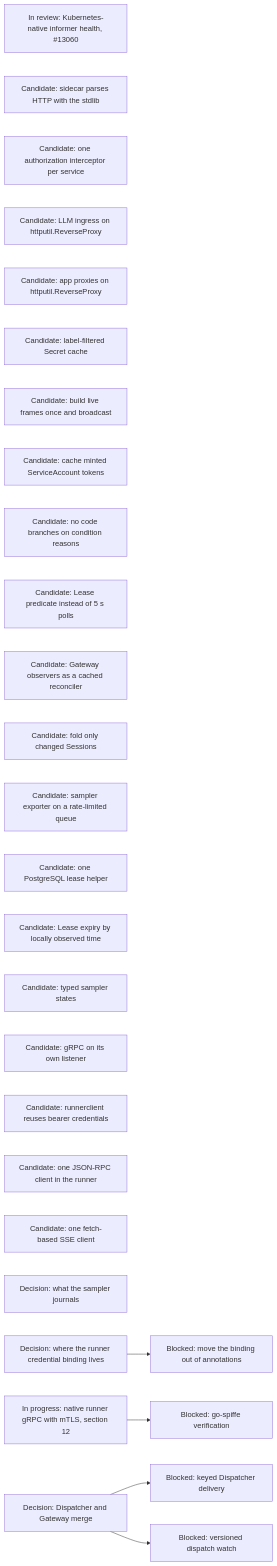
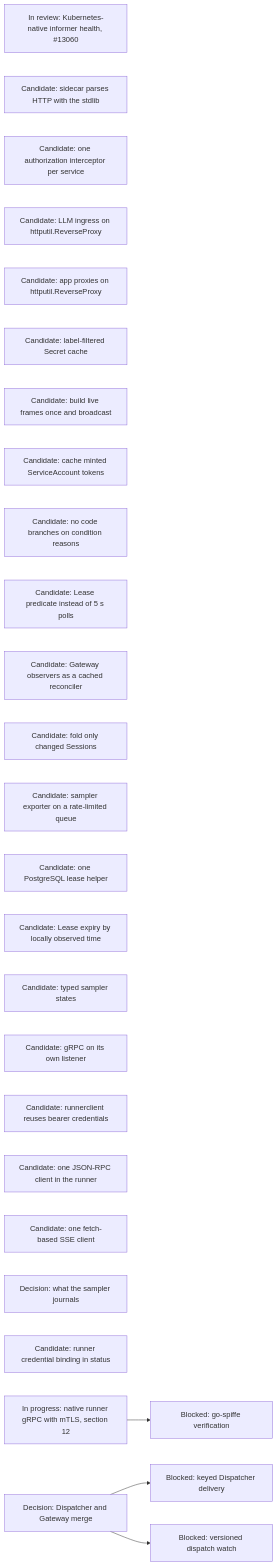
Before and after one commit to agentydragon/ducktape: diagram 18 of 18 in agentplane/plans/task_dag.md, drawn with Mermaid. The commit also changed other lines of this file and 1 other file, not shown here.

Commit message:
agentplane plans: runner credential binding goes to status (operator decision)

````diff
--- a/agentplane/plans/task_dag.md
+++ b/agentplane/plans/task_dag.md
@@ -1947,29 +1947,28 @@
 ```mermaid
 flowchart LR
     KUBERNETES_NATIVE_WATCH_HEALTH[In review: Kubernetes-native informer health, #13060]
     EGRESS_SIDECAR_STDLIB_HTTP[Candidate: sidecar parses HTTP with the stdlib]
     GRPC_AUTH_INTERCEPTORS[Candidate: one authorization interceptor per service]
     LLM_INGRESS_REVERSE_PROXY[Candidate: LLM ingress on httputil.ReverseProxy]
     APP_PROXY_REVERSE_PROXY[Candidate: app proxies on httputil.ReverseProxy]
     SANDBOX_CONTROLLER_SECRET_CACHE[Candidate: label-filtered Secret cache]
     APP_LIVE_FRAME_BROADCAST[Candidate: build live frames once and broadcast]
     MCP_EDGE_TOKEN_CACHE[Candidate: cache minted ServiceAccount tokens]
     CONDITION_REASONS_NOT_STATE[Candidate: no code branches on condition reasons]
     SANDBOX_LEASE_PREDICATE[Candidate: Lease predicate instead of 5 s polls]
     GATEWAY_OBSERVER_RECONCILER[Candidate: Gateway observers as a cached reconciler]
     HISTORY_FOLD_DIRTY_QUEUE[Candidate: fold only changed Sessions]
     SAMPLER_EXPORTER_WORKQUEUE[Candidate: sampler exporter on a rate-limited queue]
     POSTGRES_LEASE_HELPER[Candidate: one PostgreSQL lease helper]
     LEASE_OBSERVED_TIME[Candidate: Lease expiry by locally observed time]
     SAMPLER_TYPED_STATE[Candidate: typed sampler states]
     GRPC_NATIVE_LISTENER[Candidate: gRPC on its own listener]
     RUNNERCLIENT_PER_RPC_CREDENTIALS[Candidate: runnerclient reuses bearer credentials]
     RUNNER_JSONRPC[Candidate: one JSON-RPC client in the runner]
     FRONTEND_SSE_CLIENT[Candidate: one fetch-based SSE client]
     SAMPLER_JOURNAL_DIET[Decision: what the sampler journals]
-    CREDENTIAL_BINDING_LOCATION[Decision: where the runner credential binding lives]
-    CREDENTIAL_BINDING_LOCATION --> CREDENTIAL_BINDING_STATUS[Blocked: move the binding out of annotations]
+    CREDENTIAL_BINDING_STATUS[Candidate: runner credential binding in status]
     RUNNER_CONTROL_TRANSPORT_DESIGN[In progress: native runner gRPC with mTLS, section 12] --> RUNNER_MTLS_GO_SPIFFE[Blocked: go-spiffe verification]
     DISPATCHER_PERSISTENCE_MODEL_DESIGN[Decision: Dispatcher and Gateway merge] --> DISPATCHER_KEYED_DELIVERY[Blocked: keyed Dispatcher delivery]
     DISPATCHER_PERSISTENCE_MODEL_DESIGN --> DISPATCHER_WATCH_VERSIONS[Blocked: versioned dispatch watch]
 ```
````
